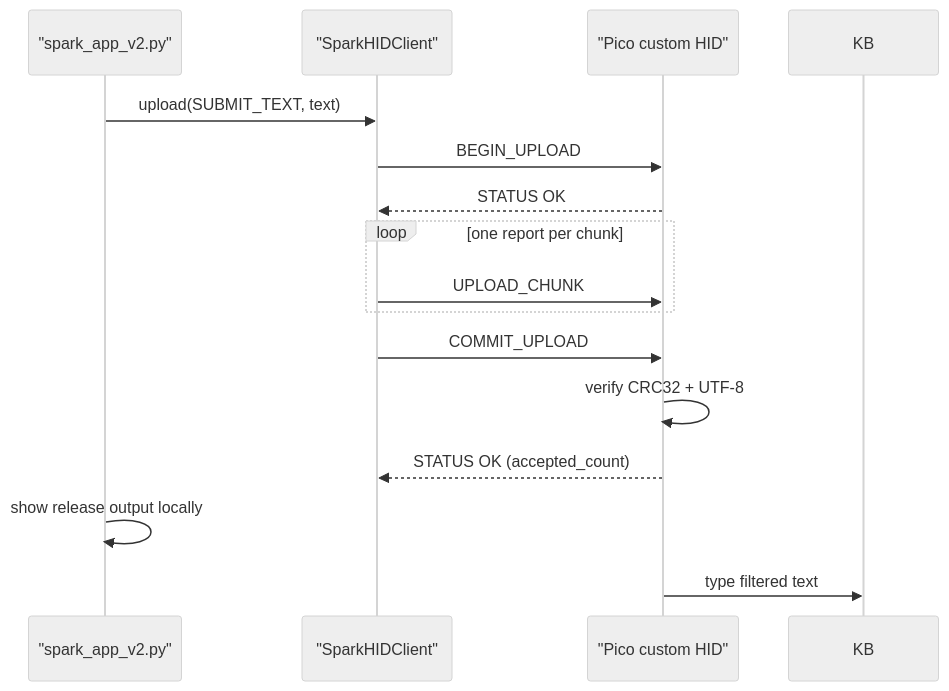
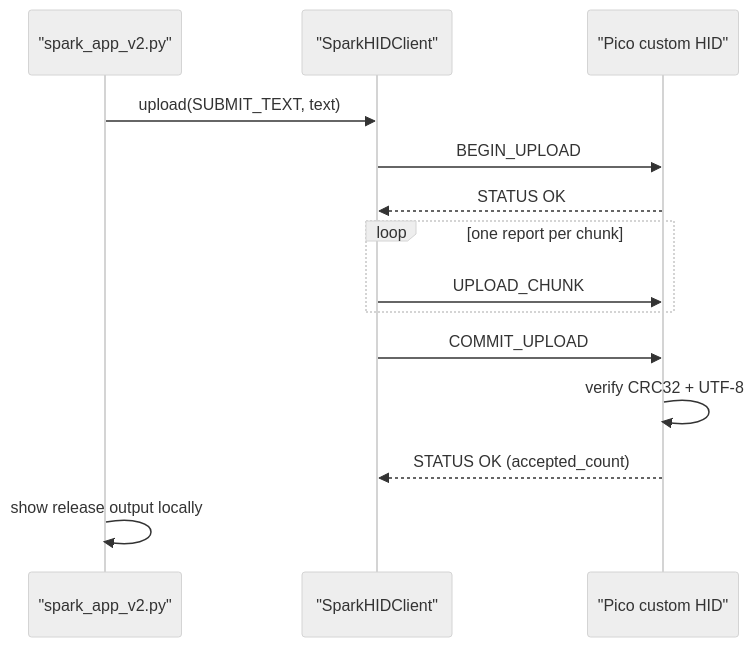
The first of 3 diagrams in ENGINEERING_SPEC.md (Tatyana-AC/SPARK), drawn with Mermaid (neutral theme) before and after one commit. The commit also changed other lines of this file and 28 other files, not shown here.

````diff
--- a/ENGINEERING_SPEC.md
+++ b/ENGINEERING_SPEC.md
@@ -209,18 +244,17 @@
 ```mermaid
 sequenceDiagram
     participant App as "spark_app_v2.py"
     participant HID as "SparkHIDClient"
     participant Pico as "Pico custom HID"
 
     App->>HID: upload(SUBMIT_TEXT, text)
     HID->>Pico: BEGIN_UPLOAD
     Pico-->>HID: STATUS OK
     loop one report per chunk
         HID->>Pico: UPLOAD_CHUNK
     end
     HID->>Pico: COMMIT_UPLOAD
     Pico->>Pico: verify CRC32 + UTF-8
     Pico-->>HID: STATUS OK (accepted_count)
     App->>App: show release output locally
-    Pico->>KB: type filtered text
 ```
````
